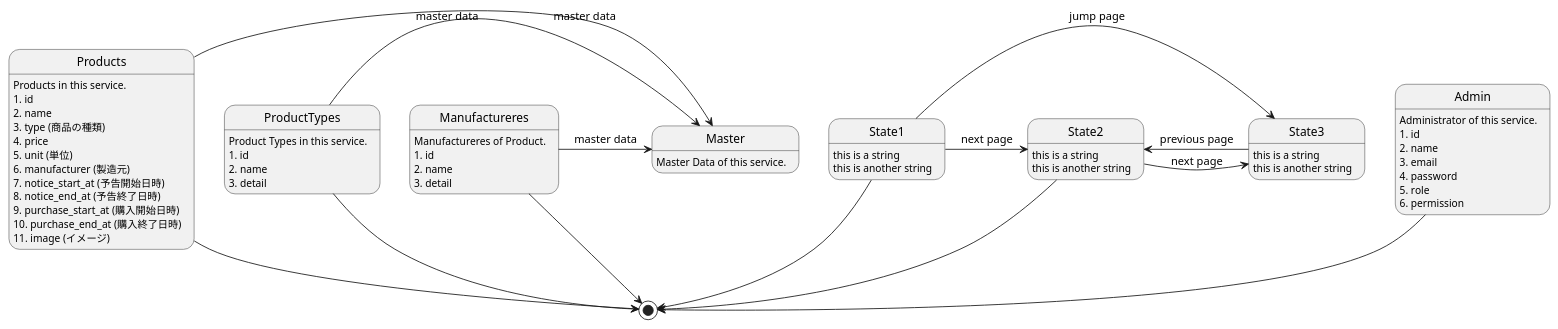
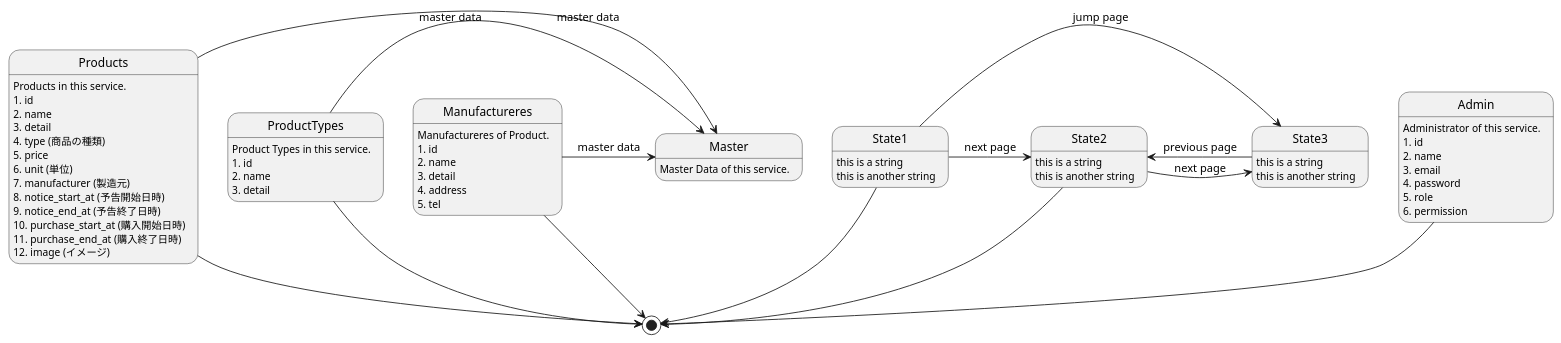
One commit to FumihiroMaejima/cochlea changed the diagram in doc/data/database.puml. Above: the diagram before and after it, drawn with PlantUML. The commit also changed 2 other files, not shown here.

Commit message:
add product models schema.

```diff
--- a/doc/data/database.puml
+++ b/doc/data/database.puml
@@ -1,65 +1,68 @@
 @startuml database
 
 
 Admin --> [*]
 Admin : Administrator of this service.
 Admin : 1. id
 Admin : 2. name
 Admin : 3. email
 Admin : 4. password
 Admin : 5. role
 Admin : 6. permission
 
 Master : Master Data of this service.
 
 Products --> [*]
 Products : Products in this service.
 Products : 1. id
 Products : 2. name
-Products : 3. type (商品の種類)
-Products : 4. price
-Products : 5. unit (単位)
-Products : 6. manufacturer (製造元)
-Products : 7. notice_start_at (予告開始日時)
-Products : 8. notice_end_at (予告終了日時)
-Products : 9. purchase_start_at (購入開始日時)
-Products : 10. purchase_end_at (購入終了日時)
-Products : 11. image (イメージ)
+Products : 3. detail
+Products : 4. type (商品の種類)
+Products : 5. price
+Products : 6. unit (単位)
+Products : 7. manufacturer (製造元)
+Products : 8. notice_start_at (予告開始日時)
+Products : 9. notice_end_at (予告終了日時)
+Products : 10. purchase_start_at (購入開始日時)
+Products : 11. purchase_end_at (購入終了日時)
+Products : 12. image (イメージ)
 Products -> Master : master data
 
 ProductTypes --> [*]
 ProductTypes : Product Types in this service.
 ProductTypes : 1. id
 ProductTypes : 2. name
 ProductTypes : 3. detail
 ProductTypes -> Master : master data
 
 Manufactureres --> [*]
 Manufactureres : Manufactureres of Product.
 Manufactureres : 1. id
 Manufactureres : 2. name
 Manufactureres : 3. detail
+Manufactureres : 4. address
+Manufactureres : 5. tel
 Manufactureres -> Master : master data
 
 
 
 
 State1 --> [*]
 State1 : this is a string
 State1 : this is another string
 
 State2 : this is a string
 State2 : this is another string
 
 State3 : this is a string
 State3 : this is another string
 
 State1 -> State2 : next page
 State2 --> [*]
 
 State1 -> State3 : jump page
 State2 -> State3 : next page
 State3 -> State2 : previous page
 
 
 @enduml
```
